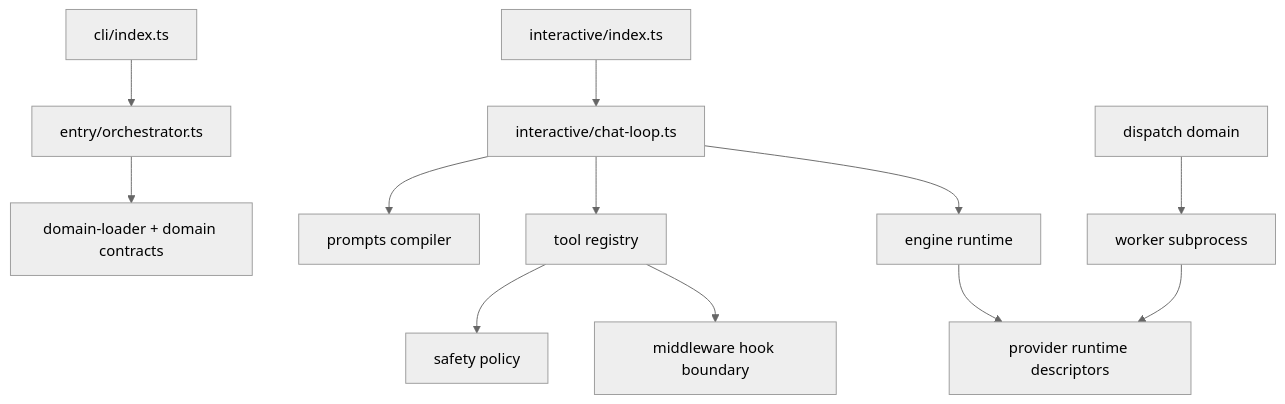
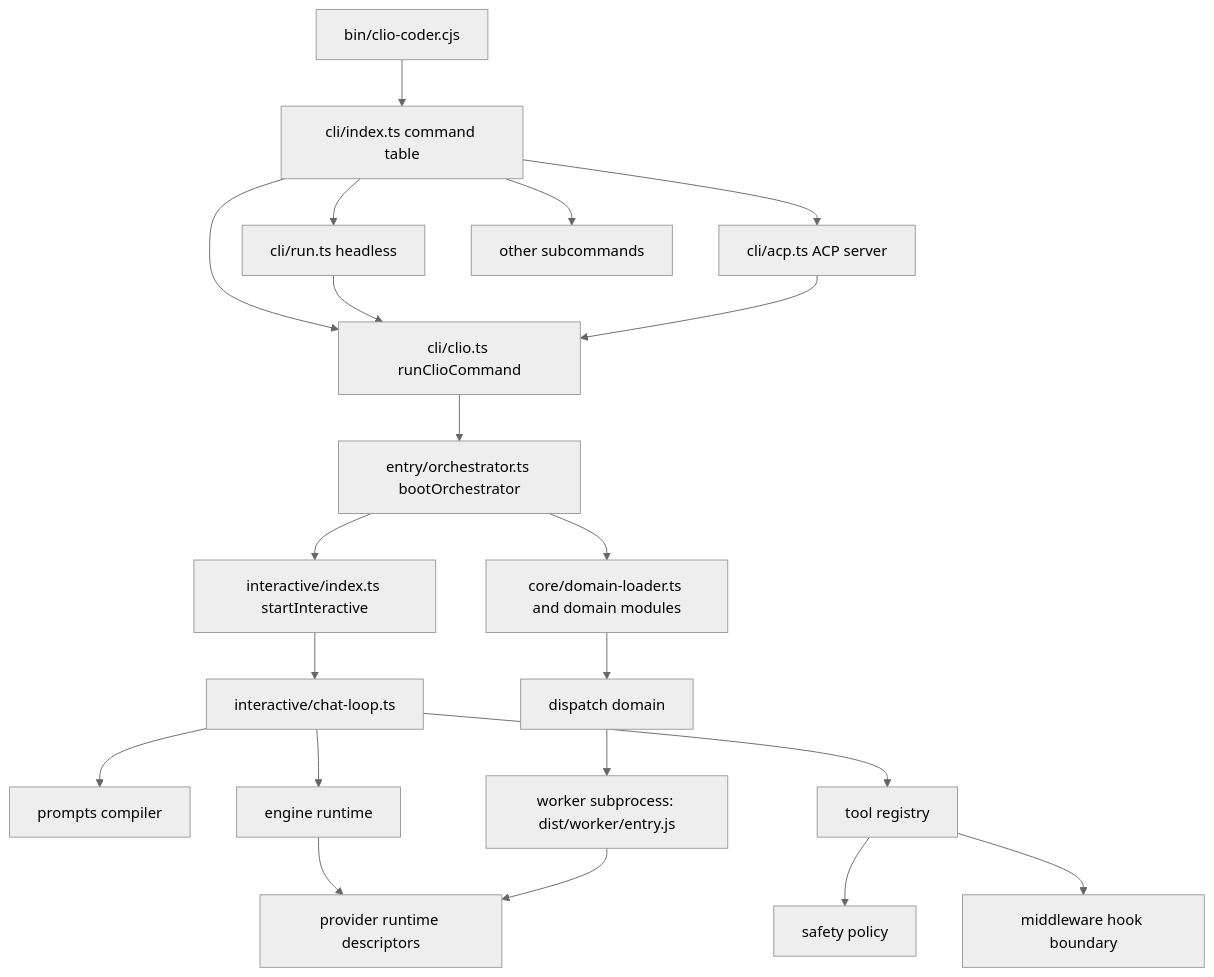
One commit to iowarp/clio-coder changed the diagram in docs/architecture/architecture.md. Above: the diagram before and after it, drawn with Mermaid (neutral theme). The commit also changed other lines of this file and 64 other files, not shown here.

First line of the commit message:
docs: ground the guide and architecture corpus in 0.6.0 source

````diff
--- a/docs/architecture/architecture.md
+++ b/docs/architecture/architecture.md
@@ -252,14 +335,23 @@
 ```mermaid
 graph TD
-    CLI[cli/index.ts] --> ORCH[entry/orchestrator.ts]
-    TUI[interactive/index.ts] --> LOOP[interactive/chat-loop.ts]
-    ORCH --> DOMAINS[domain-loader + domain contracts]
+    BIN[bin/clio-coder.cjs] --> CLI[cli/index.ts command table]
+    CLI --> CLIO[cli/clio.ts runClioCommand]
+    CLI --> RUNC[cli/run.ts headless]
+    CLI --> ACPC[cli/acp.ts ACP server]
+    CLI --> SUB[other subcommands]
+    RUNC --> CLIO
+    ACPC --> CLIO
+    CLIO --> ORCH[entry/orchestrator.ts bootOrchestrator]
+    ORCH --> DOMAINS[core/domain-loader.ts and domain modules]
+    ORCH --> TUI[interactive/index.ts startInteractive]
+    TUI --> LOOP[interactive/chat-loop.ts]
     LOOP --> PROMPTS[prompts compiler]
     LOOP --> TOOLS[tool registry]
     LOOP --> ENGINE[engine runtime]
     TOOLS --> SAFETY[safety policy]
     TOOLS --> MIDDLEWARE[middleware hook boundary]
     ENGINE --> PROVIDERS[provider runtime descriptors]
-    DISPATCH[dispatch domain] --> WORKER[worker subprocess]
+    DOMAINS --> DISPATCH[dispatch domain]
+    DISPATCH --> WORKER[worker subprocess: dist/worker/entry.js]
     WORKER --> PROVIDERS
 ```
````
